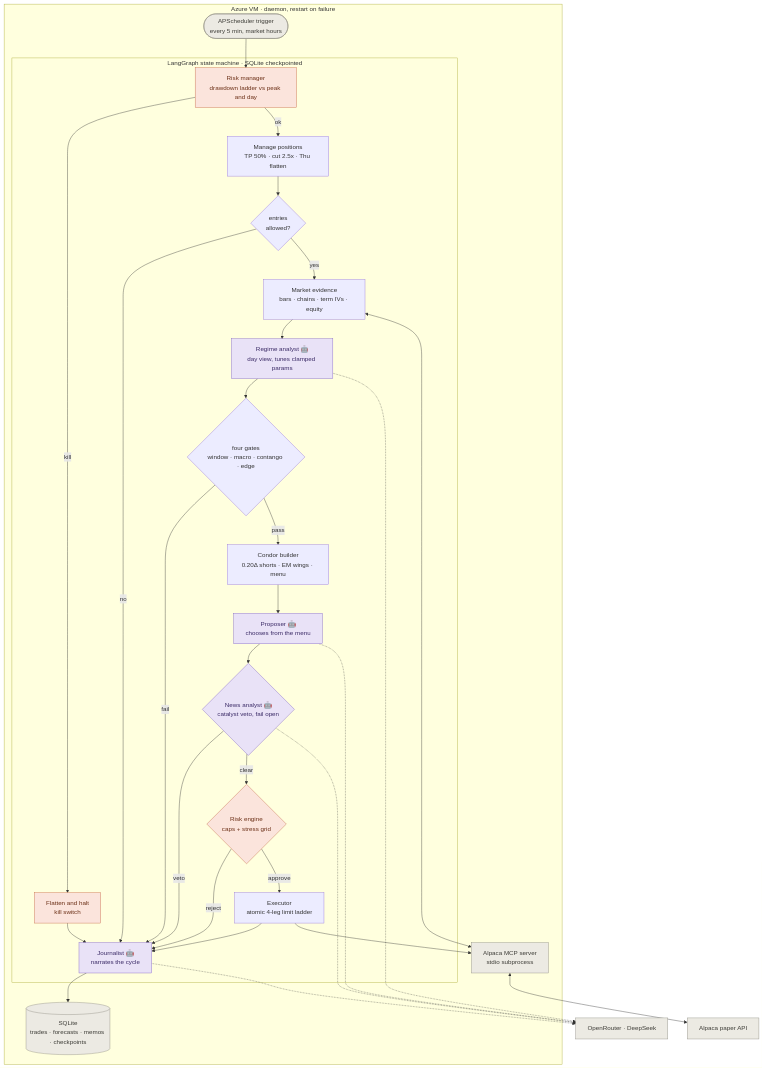
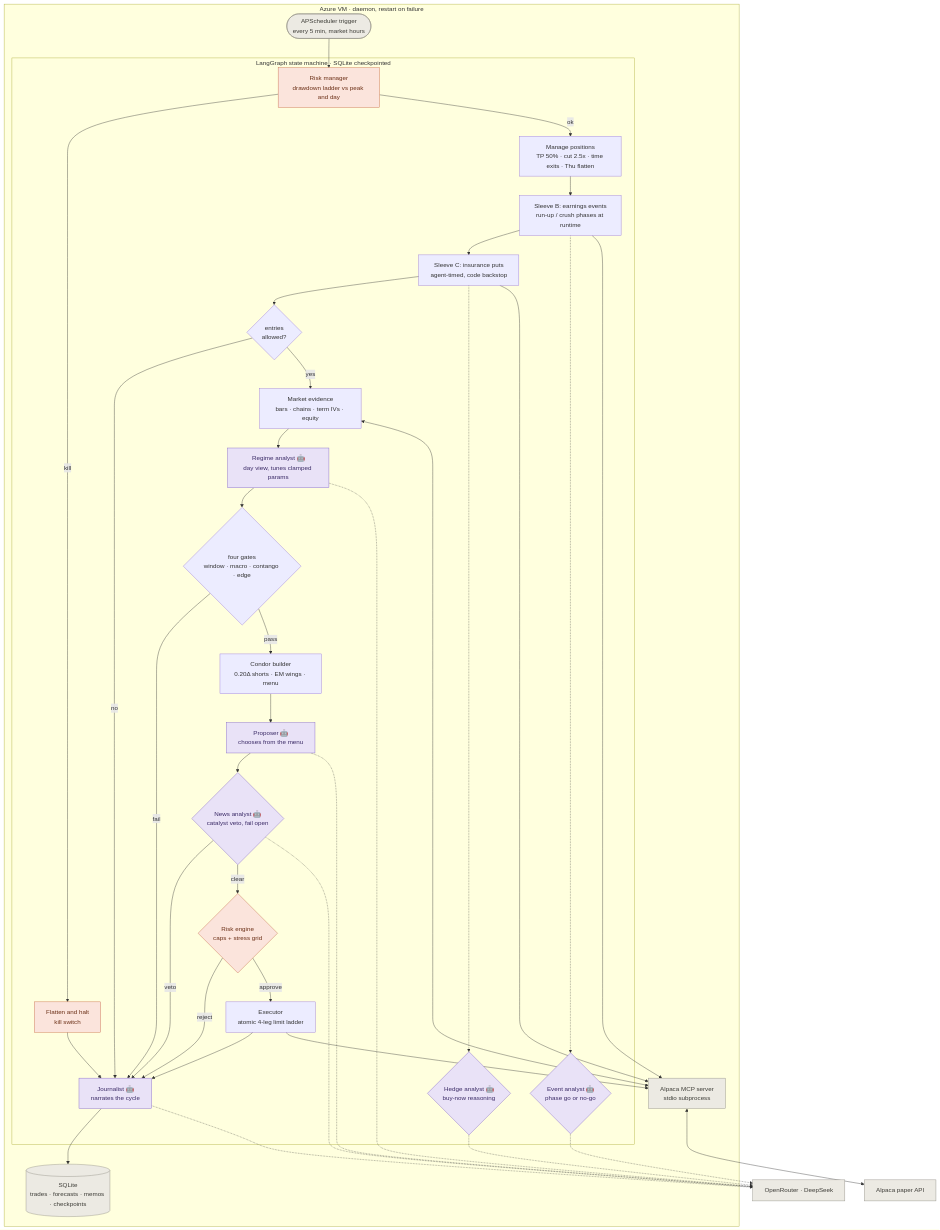
The diagram in README.md (Jashwanth63/HedgeMePlease), drawn with Mermaid before and after one commit. The commit also changed other lines of this file, not shown here.

Commit message:
README: three-sleeve reality, six-agent desk, official results

````diff
--- a/README.md
+++ b/README.md
@@ -19,52 +32,62 @@
 ```mermaid
 graph TD
     subgraph VM["Azure VM · daemon, restart on failure"]
         T([APScheduler trigger<br/>every 5 min, market hours])
         subgraph LG["LangGraph state machine · SQLite checkpointed"]
             RC[Risk manager<br/>drawdown ladder vs peak and day]
             FL[Flatten and halt<br/>kill switch]
-            MG[Manage positions<br/>TP 50% · cut 2.5x · Thu flatten]
+            MG[Manage positions<br/>TP 50% · cut 2.5x · time exits · Thu flatten]
+            SB[Sleeve B: earnings events<br/>run-up / crush phases at runtime]
+            EV{Event analyst 🤖<br/>phase go or no-go}
+            SC[Sleeve C: insurance puts<br/>agent-timed, code backstop]
+            HG{Hedge analyst 🤖<br/>buy-now reasoning}
             DE{entries<br/>allowed?}
             GA[Market evidence<br/>bars · chains · term IVs · equity]
             RG[Regime analyst 🤖<br/>day view, tunes clamped params]
             GT{four gates<br/>window · macro · contango · edge}
             BD[Condor builder<br/>0.20Δ shorts · EM wings · menu]
             PR[Proposer 🤖<br/>chooses from the menu]
             NV{News analyst 🤖<br/>catalyst veto, fail open}
             RE{Risk engine<br/>caps + stress grid}
             EX[Executor<br/>atomic 4-leg limit ladder]
             JR[Journalist 🤖<br/>narrates the cycle]
         end
         DB[(SQLite<br/>trades · forecasts · memos · checkpoints)]
         MCP[Alpaca MCP server<br/>stdio subprocess]
     end
     ALP[Alpaca paper API]
     OR[OpenRouter · DeepSeek]
 
     T --> RC
     RC -- kill --> FL --> JR
-    RC -- ok --> MG --> DE
+    RC -- ok --> MG --> SB --> SC --> DE
+    SB -.-> EV
+    SC -.-> HG
     DE -- no --> JR
     DE -- yes --> GA --> RG --> GT
     GT -- fail --> JR
     GT -- pass --> BD --> PR --> NV
     NV -- veto --> JR
     NV -- clear --> RE
     RE -- reject --> JR
     RE -- approve --> EX --> JR
     JR --> DB
     GA <--> MCP
     EX --> MCP
+    SB --> MCP
+    SC --> MCP
     MCP <--> ALP
     RG -.-> OR
     PR -.-> OR
     NV -.-> OR
+    EV -.-> OR
+    HG -.-> OR
     JR -.-> OR
 
     classDef agent fill:#e9e2f7,stroke:#7c5cc4,color:#3a2a66
     classDef authority fill:#fbe4dc,stroke:#c4643f,color:#6b2f16
     classDef infra fill:#eceae3,stroke:#8a887e,color:#3d3c37
-    class RG,PR,NV,JR agent
+    class RG,PR,NV,EV,HG,JR agent
     class RE,RC,FL authority
     class DB,MCP,ALP,OR,T infra
 ```
````
